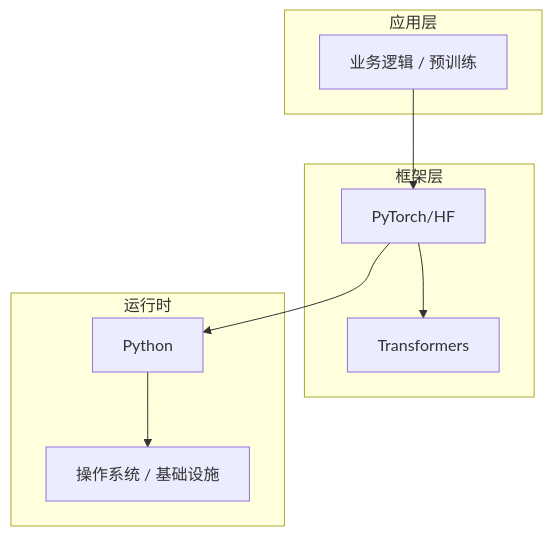
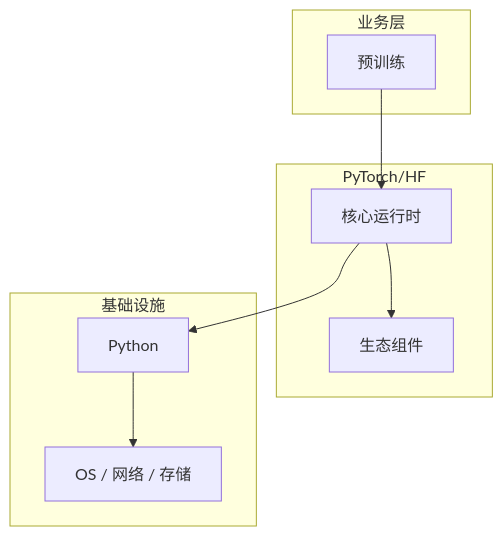
Before and after one commit to yanggan2015/knowledge-json-v2: the diagram in articles/大语言模型/chapters/025-预训练核心概念与原理.md, drawn with Mermaid. The commit also changed other lines of this file and 10127 other files, not shown here.

````diff
--- a/articles/大语言模型/chapters/025-预训练核心概念与原理.md
+++ b/articles/大语言模型/chapters/025-预训练核心概念与原理.md
@@ -45,18 +30,18 @@
 ```mermaid
 graph TB
-    subgraph 应用层
-        A[业务逻辑 / 预训练]
+    subgraph 业务层
+        A[预训练]
     end
-    subgraph 框架层
-        B[PyTorch/HF]
-        C[Transformers]
+    subgraph PyTorch/HF
+        B[核心运行时]
+        C[生态组件]
     end
-    subgraph 运行时
+    subgraph 基础设施
         D[Python]
-        E[操作系统 / 基础设施]
+        E[OS / 网络 / 存储]
     end
     A --> B
     B --> C
     B --> D
     D --> E
 ```
````
